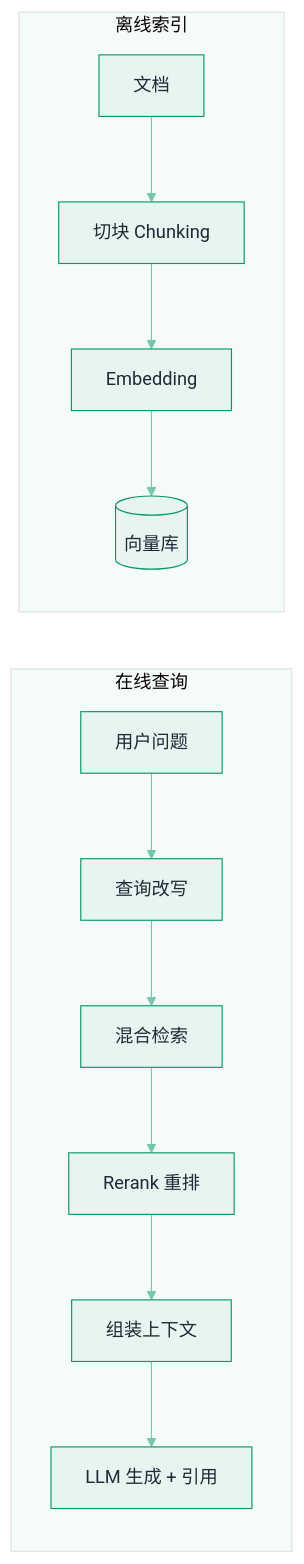
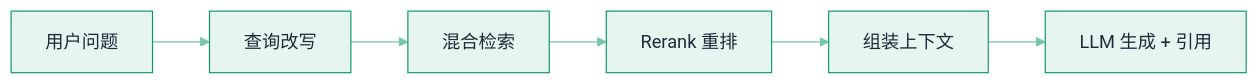
One commit to funny8kids/ai-agent-handbook changed the second of 2 diagrams in docs/06-memory-rag/rag-basics.md. Above: the diagram before and after it, drawn with Mermaid. The commit also changed other lines of this file and 39 other files, not shown here.

First line of the commit message:
Round 15: re-measure all diagrams on GitBook's real mermaid version (11.14.0)

````diff
--- a/docs/06-memory-rag/rag-basics.md
+++ b/docs/06-memory-rag/rag-basics.md
@@ -70,16 +80,9 @@
 ```mermaid
 %%{init: {"theme":"base","themeVariables":{"primaryColor":"#E6F5F0","primaryBorderColor":"#059669","primaryTextColor":"#1F2937","secondaryColor":"#C8E8DE","tertiaryColor":"#F5FBF9","lineColor":"#76C5AD","actorBkg":"#EBF7F3","actorBorder":"#059669","actorTextColor":"#1F2937","signalColor":"#50B696","noteBkgColor":"#D2ECE4","noteBorderColor":"#059669","noteTextColor":"#1F2937","labelBoxBkgColor":"#E6F5F0","labelBoxBorderColor":"#059669"}}}%%
 flowchart LR
-  subgraph 查询侧[在线查询]
-    B1[用户问题] --> B2[查询改写]
-    B2 --> B3[混合检索]
-    B3 --> B4[Rerank 重排]
-    B4 --> B5[组装上下文]
-    B5 --> B6[LLM 生成 + 引用]
-  end
-  subgraph 索引侧[离线索引]
-    A1[文档] --> A2[切块 Chunking]
-    A2 --> A3[Embedding]
-    A3 --> A4[(向量库)]
-  end
+  B1[用户问题] --> B2[查询改写]
+  B2 --> B3[混合检索]
+  B3 --> B4[Rerank 重排]
+  B4 --> B5[组装上下文]
+  B5 --> B6[LLM 生成 + 引用]
 ```
````
